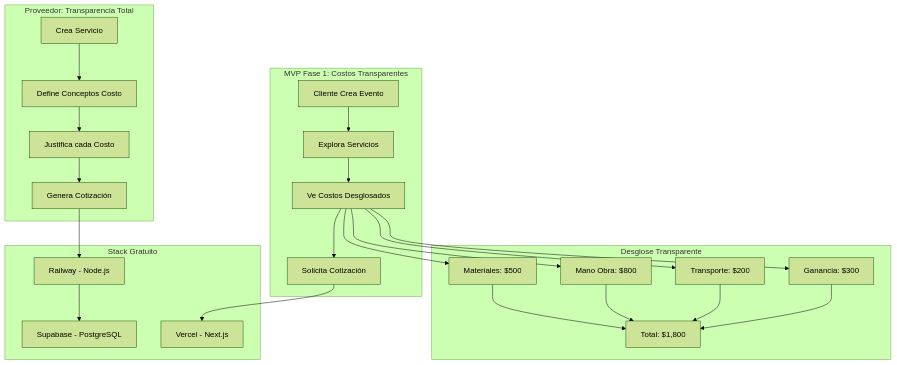
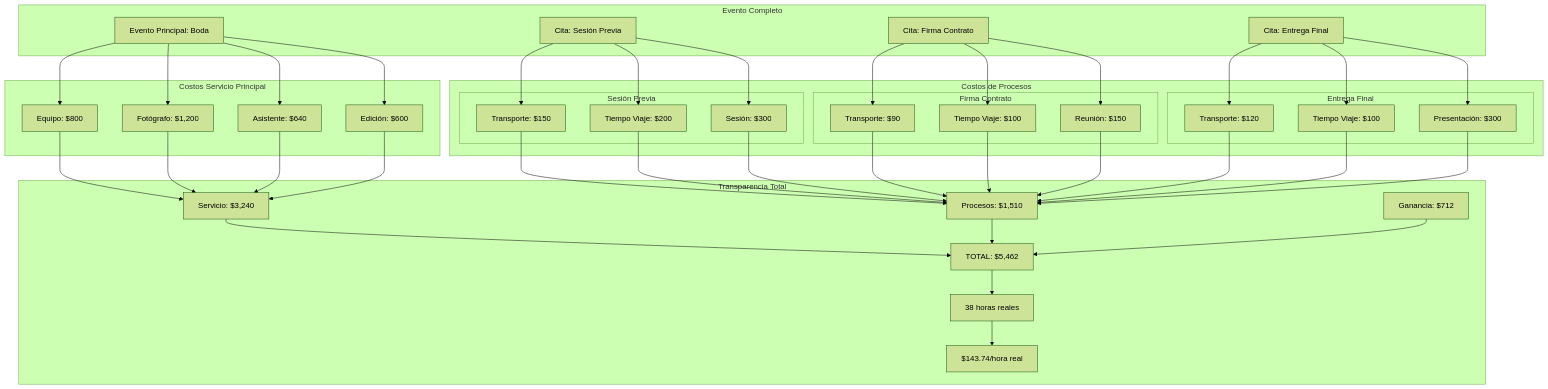
The seventh of 10 diagrams in ESPECIFICACION_PLATAFORMA_EVENTOS.md (ArturoCruzArm/logistic), drawn with Mermaid (forest theme) before and after one commit. The commit also changed other lines of this file, not shown here.

Commit message:
Implementar transparencia total con costos de proceso y citas
NUEVA FUNCIONALIDAD: COSTOS DE PROCESO TRANSPARENTES

CITAS/PROCESOS AGREGADOS:
- Sesión previa (obligatoria)
- Firma de contrato
- Entrega en domicilio
- Cada cita tiene costos separados y justificados

COSTOS DETALLADOS POR PROCESO:
- Transporte (km recorridos x tarifa)
- Tiempo de viaje (horas x tarifa personal)
- Tiempo de trabajo en cita
- Equipos utilizados por cita

EJEMPLO REAL - FOTOGRAFÍA DE BODA:
- Servicio principal: ,240
- Procesos/citas: ,510
- Total tiempo real: 38 horas
- Costo real por hora: 43.74
- TOTAL TRANSPARENTE: ,462

NUEVA ENTIDAD:
- CITAS_PROCESO: gestión de reuniones informales
- CONCEPTOS_COSTO expandido para incluir procesos

TRANSPARENCIA NIVEL PROFESIONAL:
- Cliente ve EXACTAMENTE por qué paga cada peso
- Proveedor justifica cada hora invertida
- Incluyendo tiempo de viaje y traslados
- Costos de proceso antes ocultos ahora visibles

API ENDPOINTS AMPLIADOS:
- Gestión de citas por evento
- Conceptos de costo por proceso
- Calculadora de tiempo/distancia

COMPONENTES FRONTEND:
- ProcessAppointmentManager
- TravelTimeCalculator
- Desglose visual completo

````diff
--- a/ESPECIFICACION_PLATAFORMA_EVENTOS.md
+++ b/ESPECIFICACION_PLATAFORMA_EVENTOS.md
@@ -2010,51 +2087,84 @@
 ```mermaid
 flowchart TD
-    subgraph "MVP Fase 1: Costos Transparentes"
-        CL[Cliente Crea Evento]
-        SE[Explora Servicios]
-        VC[Ve Costos Desglosados]
-        SC[Solicita Cotización]
+    subgraph "Evento Completo"
+        EV[Evento Principal: Boda]
+        CP1[Cita: Sesión Previa]
+        CP2[Cita: Firma Contrato]
+        CP3[Cita: Entrega Final]
     end
     
-    subgraph "Proveedor: Transparencia Total"
-        CS[Crea Servicio]
-        DC[Define Conceptos Costo]
-        JU[Justifica cada Costo]
-        GC[Genera Cotización]
+    subgraph "Costos Servicio Principal"
+        MAT[Equipo: $800]
+        FOT[Fotógrafo: $1,200]
+        ASI[Asistente: $640]
+        EDI[Edición: $600]
     end
     
-    subgraph "Desglose Transparente"
-        MAT[Materiales: $500]
-        MO[Mano Obra: $800]
-        TR[Transporte: $200]
-        GAN[Ganancia: $300]
-        TOT[Total: $1,800]
+    subgraph "Costos de Procesos"
+        subgraph "Sesión Previa"
+            T1[Transporte: $150]
+            V1[Tiempo Viaje: $200]
+            S1[Sesión: $300]
+        end
+        
+        subgraph "Firma Contrato"
+            T2[Transporte: $90]
+            V2[Tiempo Viaje: $100]
+            S2[Reunión: $150]
+        end
+        
+        subgraph "Entrega Final"
+            T3[Transporte: $120]
+            V3[Tiempo Viaje: $100]
+            S3[Presentación: $300]
+        end
     end
     
-    subgraph "Stack Gratuito"
-        RW[Railway - Node.js]
-        SB[Supabase - PostgreSQL]
-        VE[Vercel - Next.js]
+    subgraph "Transparencia Total"
+        SER[Servicio: $3,240]
+        PRO[Procesos: $1,510]
+        GAN[Ganancia: $712]
+        TOT[TOTAL: $5,462]
+        HOR[38 horas reales]
+        PHR[$143.74/hora real]
     end
     
-    CL --> SE
-    SE --> VC
-    VC --> SC
+    EV --> MAT
+    EV --> FOT
+    EV --> ASI
+    EV --> EDI
     
-    CS --> DC
-    DC --> JU
-    JU --> GC
+    CP1 --> T1
+    CP1 --> V1
+    CP1 --> S1
     
-    VC --> MAT
-    VC --> MO
-    VC --> TR
-    VC --> GAN
-    MAT --> TOT
-    MO --> TOT
-    TR --> TOT
+    CP2 --> T2
+    CP2 --> V2
+    CP2 --> S2
+    
+    CP3 --> T3
+    CP3 --> V3
+    CP3 --> S3
+    
+    MAT --> SER
+    FOT --> SER
+    ASI --> SER
+    EDI --> SER
+    
+    T1 --> PRO
+    V1 --> PRO
+    S1 --> PRO
+    T2 --> PRO
+    V2 --> PRO
+    S2 --> PRO
+    T3 --> PRO
+    V3 --> PRO
+    S3 --> PRO
+    
+    SER --> TOT
+    PRO --> TOT
     GAN --> TOT
     
-    GC --> RW
-    RW --> SB
-    SC --> VE
+    TOT --> HOR
+    HOR --> PHR
 ```
````
